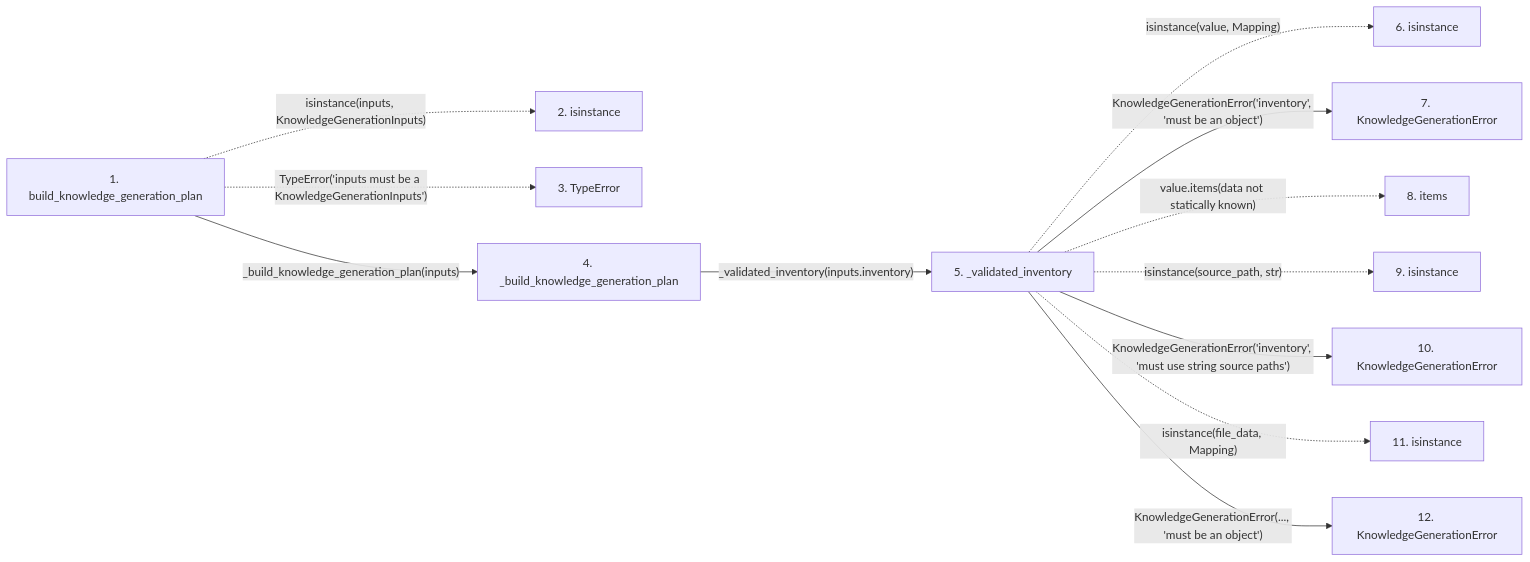
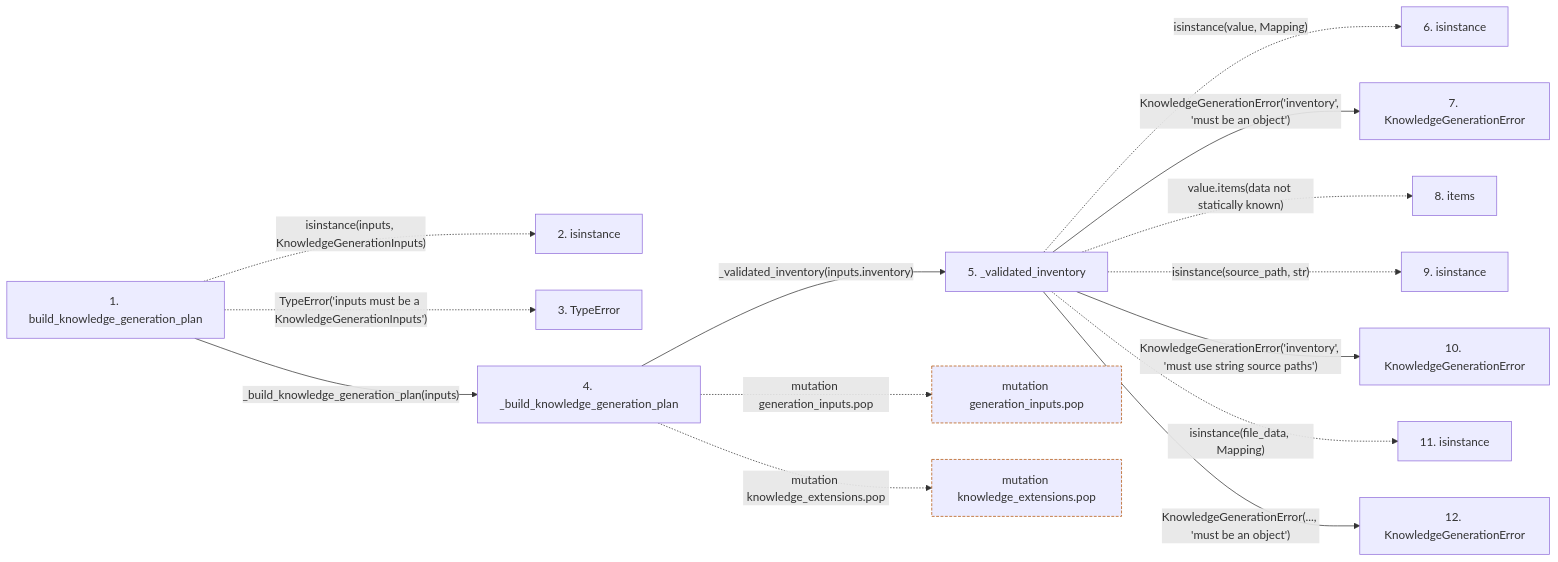
One commit to Denissvgn/python-wiki-llm changed the second of 2 diagrams in docs/llm_wiki/flows/api-build_knowledge_generation_plan.md. Above: the diagram before and after it, drawn with Mermaid. The commit also changed other lines of this file and 240 other files, not shown here.

````diff
--- a/docs/llm_wiki/flows/api-build_knowledge_generation_plan.md
+++ b/docs/llm_wiki/flows/api-build_knowledge_generation_plan.md
@@ -85,32 +88,39 @@
 ```mermaid
 flowchart LR
     s1["1. build_knowledge_generation_plan"]
     s2["2. isinstance"]
     s3["3. TypeError"]
     s4["4. _build_knowledge_generation_plan"]
     s5["5. _validated_inventory"]
     s6["6. isinstance"]
     s7["7. KnowledgeGenerationError"]
     s8["8. items"]
     s9["9. isinstance"]
     s10["10. KnowledgeGenerationError"]
     s11["11. isinstance"]
     s12["12. KnowledgeGenerationError"]
     s1 -. "isinstance(inputs, KnowledgeGenerationInputs)" .-> s2
     s1 -. "TypeError('inputs must be a KnowledgeGenerationInputs')" .-> s3
     s1 -->|"_build_knowledge_generation_plan(inputs)"| s4
     s4 -->|"_validated_inventory(inputs.inventory)"| s5
     s5 -. "isinstance(value, Mapping)" .-> s6
     s5 -->|"KnowledgeGenerationError('inventory', 'must be an object')"| s7
     s5 -. "value.items(data not statically known)" .-> s8
     s5 -. "isinstance(source_path, str)" .-> s9
     s5 -->|"KnowledgeGenerationError('inventory', 'must use string source paths')"| s10
     s5 -. "isinstance(file_data, Mapping)" .-> s11
     s5 -->|"KnowledgeGenerationError(..., 'must be an object')"| s12
+    b0["mutation generation_inputs.pop"]
+    s4 -. "mutation generation_inputs.pop" .-> b0
+    b1["mutation knowledge_extensions.pop"]
+    s4 -. "mutation knowledge_extensions.pop" .-> b1
     click s1 "../modules/knowledge_generation.md"
     click s4 "../modules/knowledge_generation.md"
     click s5 "../modules/knowledge_generation.md"
     click s7 "../modules/knowledge_generation.md"
     click s10 "../modules/knowledge_generation.md"
     click s12 "../modules/knowledge_generation.md"
+    classDef boundary stroke:#b45309,stroke-dasharray: 4 2
+    class b0 boundary
+    class b1 boundary
 ```
````
